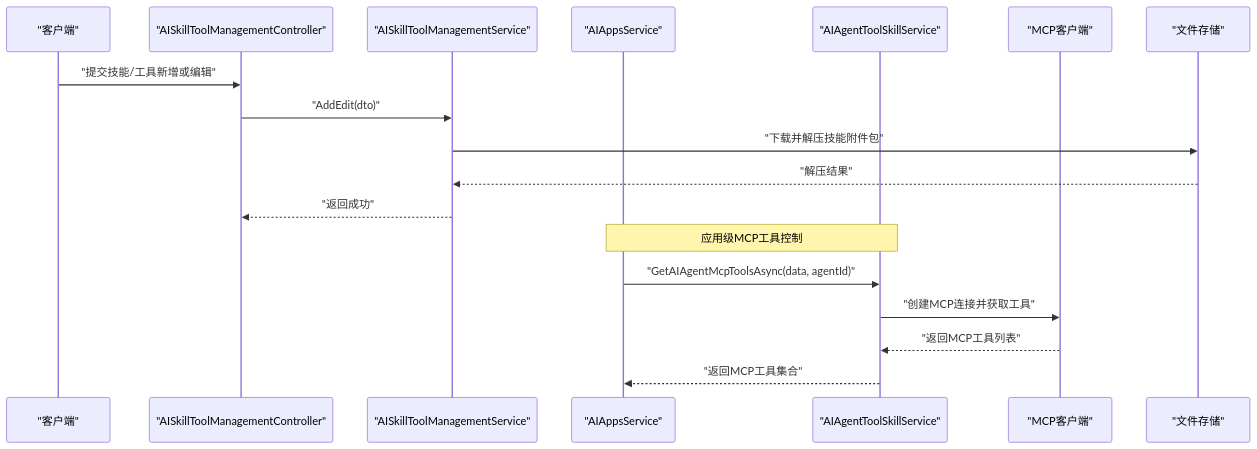
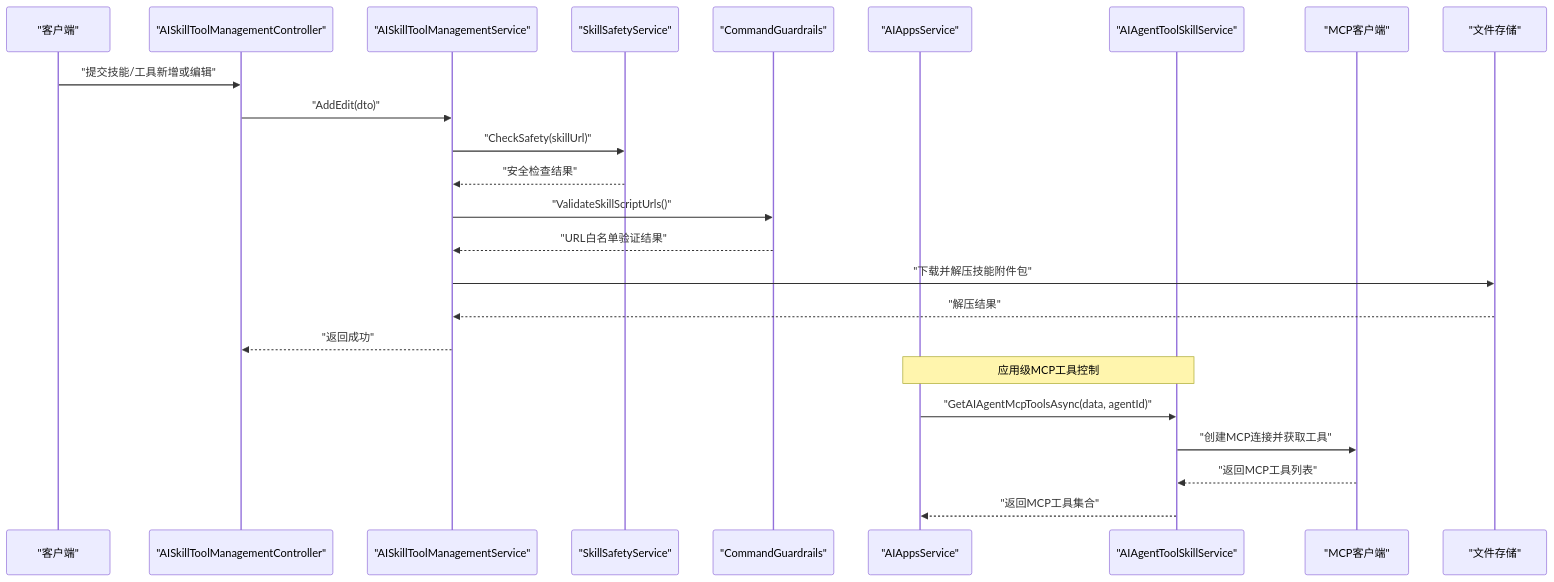
Before and after one commit to junkai-li/NetCoreKevin: the second of 9 diagrams in .qoder/repowiki/zh/content/AI智能体/技能工具管理.md, drawn with Mermaid. The commit also changed other lines of this file and 40 other files, not shown here.

````diff
--- a/.qoder/repowiki/zh/content/AI智能体/技能工具管理.md
+++ b/.qoder/repowiki/zh/content/AI智能体/技能工具管理.md
@@ -147,20 +160,26 @@
 ```mermaid
 sequenceDiagram
 participant Client as "客户端"
 participant Controller as "AISkillToolManagementController"
 participant Service as "AISkillToolManagementService"
+participant Safety as "SkillSafetyService"
+participant Guardrails as "CommandGuardrails"
 participant AppService as "AIAppsService"
 participant ToolService as "AIAgentToolSkillService"
 participant MCPClient as "MCP客户端"
 participant Storage as "文件存储"
 Client->>Controller : "提交技能/工具新增或编辑"
 Controller->>Service : "AddEdit(dto)"
+Service->>Safety : "CheckSafety(skillUrl)"
+Safety-->>Service : "安全检查结果"
+Service->>Guardrails : "ValidateSkillScriptUrls()"
+Guardrails-->>Service : "URL白名单验证结果"
 Service->>Storage : "下载并解压技能附件包"
 Storage-->>Service : "解压结果"
 Service-->>Controller : "返回成功"
 Note over AppService,ToolService : 应用级MCP工具控制
 AppService->>ToolService : "GetAIAgentMcpToolsAsync(data, agentId)"
 ToolService->>MCPClient : "创建MCP连接并获取工具"
 MCPClient-->>ToolService : "返回MCP工具列表"
 ToolService-->>AppService : "返回MCP工具集合"
 ```
````
